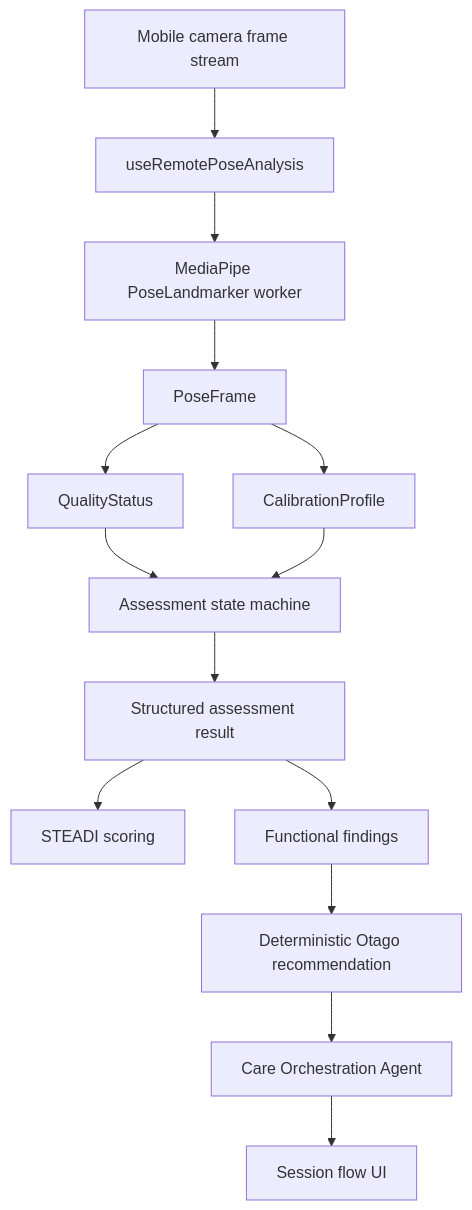
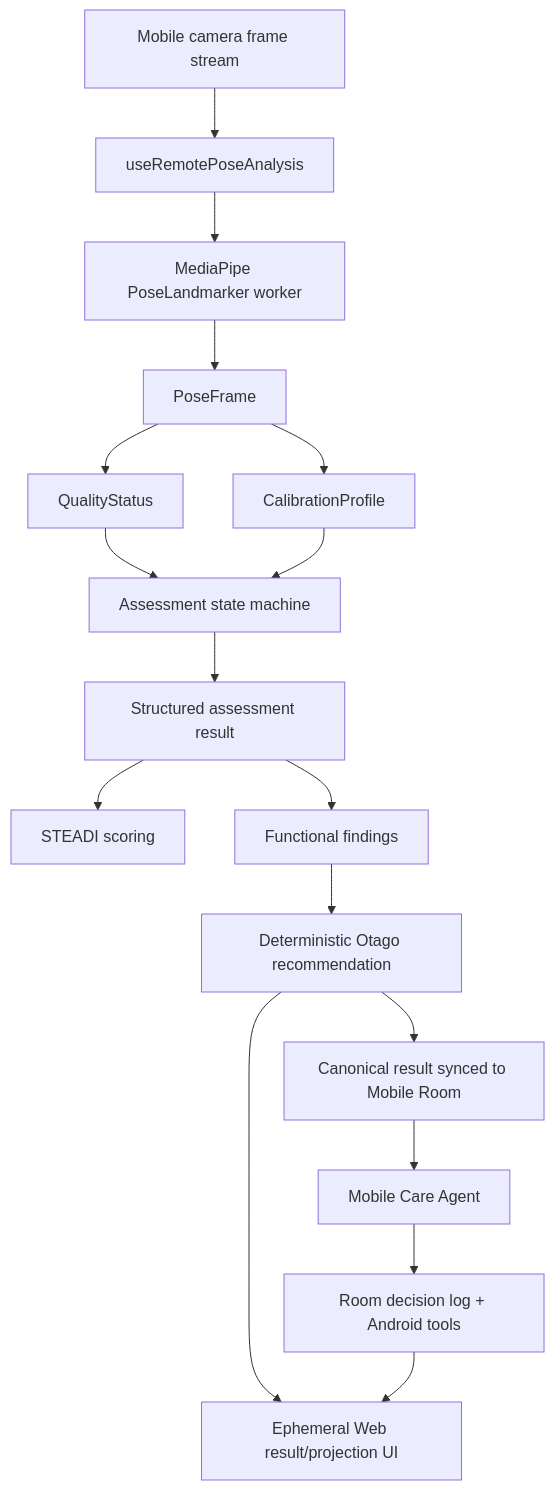
Before and after one commit to Jeonsooyoung/Steply-web: the diagram in docs/ARCHITECTURE.md, drawn with Mermaid. The commit also changed other lines of this file and 288 other files, not shown here.

````diff
--- a/docs/ARCHITECTURE.md
+++ b/docs/ARCHITECTURE.md
@@ -7,16 +7,19 @@
 ```mermaid
 flowchart TD
   A["Mobile camera frame stream"] --> B["useRemotePoseAnalysis"]
   B --> C["MediaPipe PoseLandmarker worker"]
   C --> D["PoseFrame"]
   D --> E["QualityStatus"]
   D --> F["CalibrationProfile"]
   E --> G["Assessment state machine"]
   F --> G
   G --> H["Structured assessment result"]
   H --> I["STEADI scoring"]
   H --> J["Functional findings"]
   J --> K["Deterministic Otago recommendation"]
-  K --> L["Care Orchestration Agent"]
-  L --> M["Session flow UI"]
+  K --> L["Ephemeral Web result/projection UI"]
+  K --> N["Canonical result synced to Mobile Room"]
+  N --> O["Mobile Care Agent"]
+  O --> P["Room decision log + Android tools"]
+  P --> L
 ```
````
